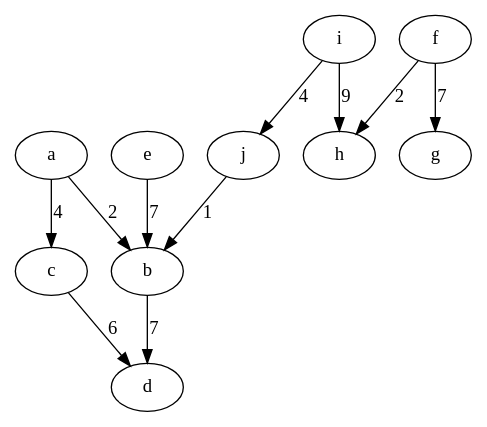
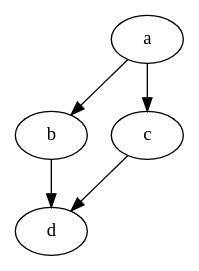
One commit to Jordanwmk/Paralex changed the diagram in src/test.dot. Above: the diagram before and after it, drawn with Graphviz. The commit also changed 5 other files, not shown here.

```diff
--- a/src/test.dot
+++ b/src/test.dot
@@ -1,22 +1,10 @@
-digraph {
-b	[weight="5"];
-a	[weight="2"];
-c	[weight="6"];
-d	[weight="3"];
-e	[weight="3"];
-f	[weight="6"];
-g	[weight="6"];
-h	[weight="1"];
-i	[weight="4"];
-j	[weight="5"];
-a -> b[label="2",weight="2"];
-a -> c[label="4",weight="4"];
-c -> d[label="6",weight="6"];
-b -> d[label="7",weight="7"];
-e -> b[label="7",weight="7"];
-f -> g[label="7",weight="7"];
-f -> h[label="2",weight="2"];
-i -> j[label="4",weight="4"];
-i -> h[label="9",weight="9"];
-j -> b[label="1",weight="1"];
+digraph " example " {
+a       [weight="2"] ;
+b       [weight="3"] ;
+a -> b  [weight="1"] ;
+c       [weight="3"] ;
+a -> c  [weight="2"] ;
+d       [weight="2"] ;
+b -> d  [weight="2"] ;
+c -> d  [weight="1"] ;
 }
```
